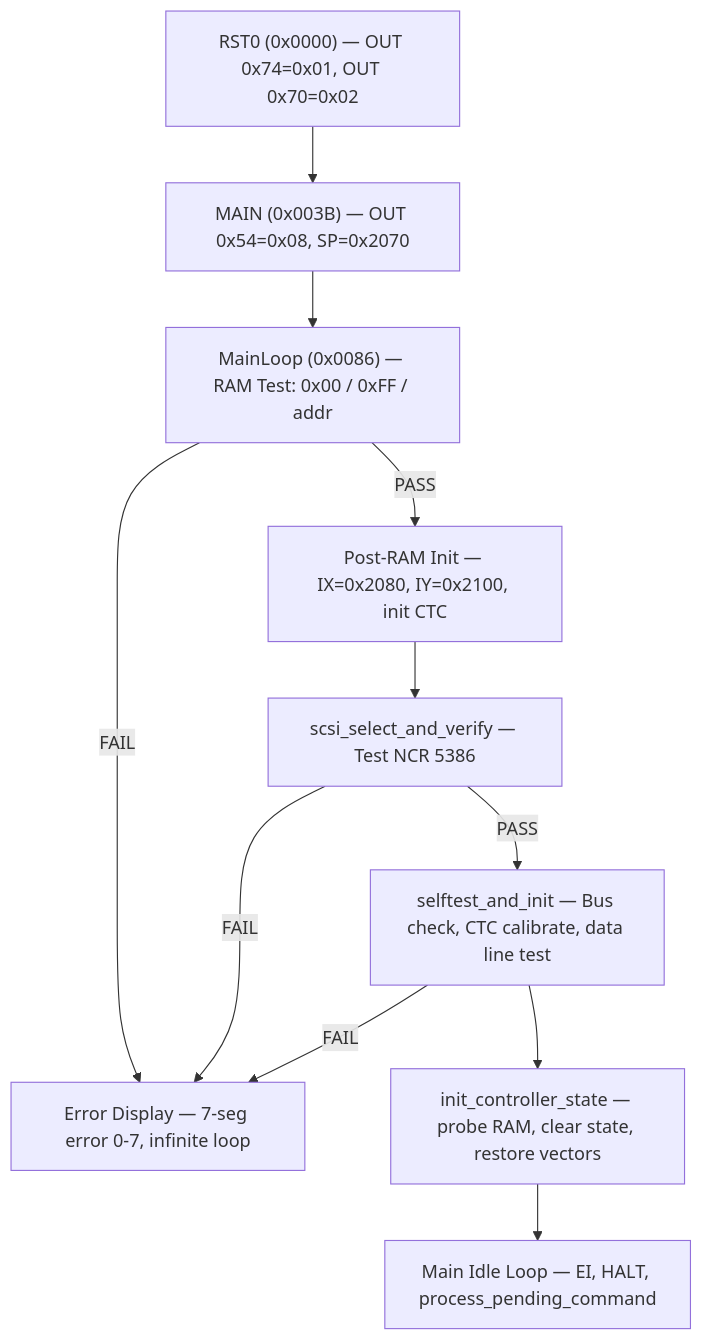
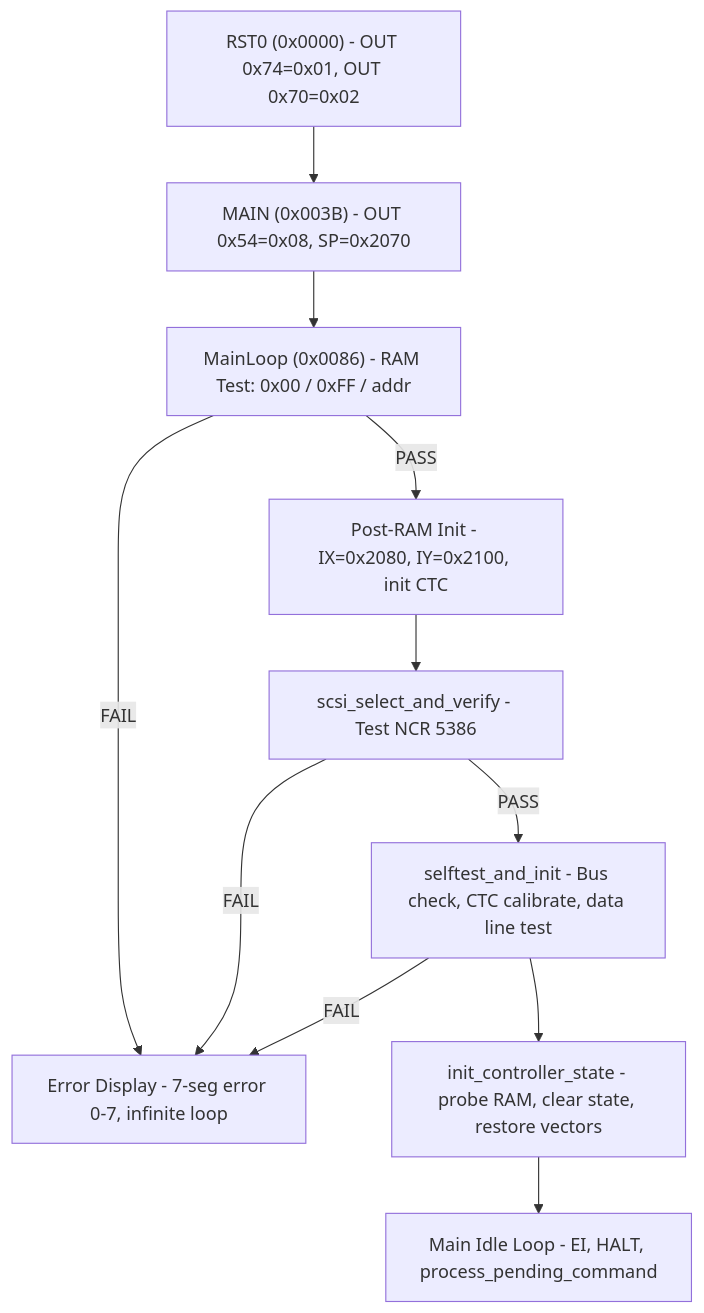
The first of 13 diagrams in SINTRAN/Devices/SCSI/nd-scsi-3201.md (HackerCorpLabs/NDInsight), drawn with Mermaid before and after one commit. The commit also changed other lines of this file and 1931 other files, not shown here.

````diff
--- a/SINTRAN/Devices/SCSI/nd-scsi-3201.md
+++ b/SINTRAN/Devices/SCSI/nd-scsi-3201.md
@@ -201,20 +335,20 @@
 ```mermaid
 flowchart TD
-    RST0["RST0 (0x0000) — OUT 0x74=0x01, OUT 0x70=0x02"]
-    MAIN["MAIN (0x003B) — OUT 0x54=0x08, SP=0x2070"]
-    RAM["MainLoop (0x0086) — RAM Test: 0x00 / 0xFF / addr"]
-    ERR["Error Display — 7-seg error 0-7, infinite loop"]
-    POSTINIT["Post-RAM Init — IX=0x2080, IY=0x2100, init CTC"]
-    NCRTEST["scsi_select_and_verify — Test NCR 5386"]
-    SELF["selftest_and_init — Bus check, CTC calibrate, data line test"]
-    CTRLINIT["init_controller_state — probe RAM, clear state, restore vectors"]
-    IDLE["Main Idle Loop — EI, HALT, process_pending_command"]
+    RST0["RST0 (0x0000) - OUT 0x74=0x01, OUT 0x70=0x02"]
+    MAIN["MAIN (0x003B) - OUT 0x54=0x08, SP=0x2070"]
+    RAM["MainLoop (0x0086) - RAM Test: 0x00 / 0xFF / addr"]
+    ERR["Error Display - 7-seg error 0-7, infinite loop"]
+    POSTINIT["Post-RAM Init - IX=0x2080, IY=0x2100, init CTC"]
+    NCRTEST["scsi_select_and_verify - Test NCR 5386"]
+    SELF["selftest_and_init - Bus check, CTC calibrate, data line test"]
+    CTRLINIT["init_controller_state - probe RAM, clear state, restore vectors"]
+    IDLE["Main Idle Loop - EI, HALT, process_pending_command"]
 
     RST0 --> MAIN --> RAM
     RAM -->|FAIL| ERR
     RAM -->|PASS| POSTINIT --> NCRTEST
     NCRTEST -->|FAIL| ERR
     NCRTEST -->|PASS| SELF
     SELF -->|FAIL| ERR
     SELF --> CTRLINIT --> IDLE
 ```
````
